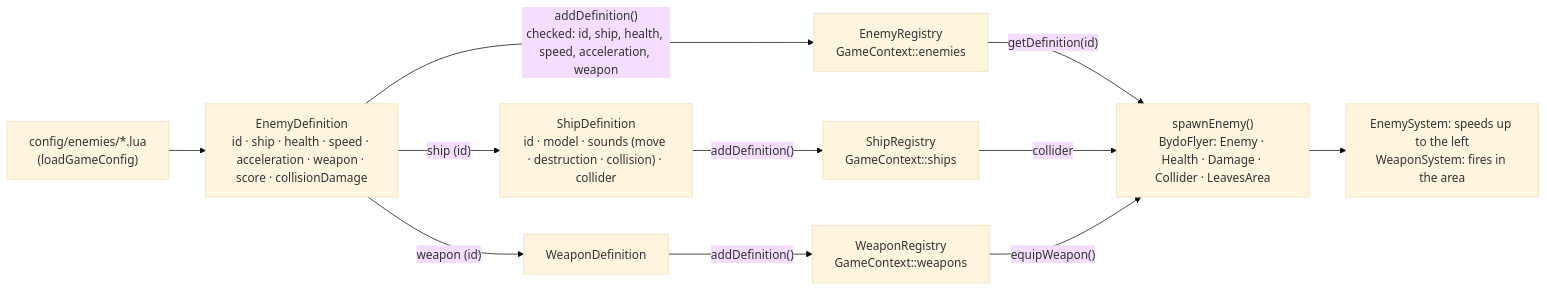
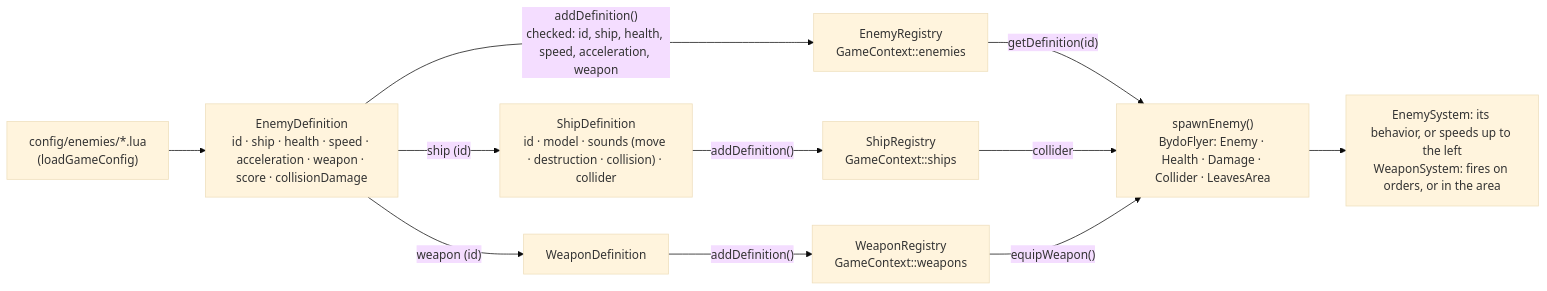
One commit to Akinator31/Rtype changed the seventh of 11 diagrams in docs/architecture/game.md. Above: the diagram before and after it, drawn with Mermaid (base theme). The commit also changed other lines of this file and 2 other files, not shown here.

````diff
--- a/docs/architecture/game.md
+++ b/docs/architecture/game.md
@@ -353,14 +354,14 @@
 ```mermaid
 flowchart LR
     Lua["config/enemies/*.lua<br/>(loadGameConfig)"] --> Def
     Def["EnemyDefinition<br/>id · ship · health · speed · acceleration · weapon · score · collisionDamage"]
     Def -- "addDefinition()<br/>checked: id, ship, health, speed, acceleration, weapon" --> Reg["EnemyRegistry<br/>GameContext::enemies"]
     Def -- "ship (id)" --> SDef["ShipDefinition<br/>id · model · sounds (move · destruction · collision) · collider"]
     SDef -- "addDefinition()" --> SReg["ShipRegistry<br/>GameContext::ships"]
     Def -- "weapon (id)" --> WDef["WeaponDefinition"]
     WDef -- "addDefinition()" --> WReg["WeaponRegistry<br/>GameContext::weapons"]
     Reg -- "getDefinition(id)" --> Spawn["spawnEnemy()<br/>BydoFlyer: Enemy · Health · Damage · Collider · LeavesArea"]
     SReg -- "collider" --> Spawn
     WReg -- "equipWeapon()" --> Spawn
-    Spawn --> Fly["EnemySystem: speeds up to the left<br/>WeaponSystem: fires in the area"]
+    Spawn --> Fly["EnemySystem: its behavior, or speeds up to the left<br/>WeaponSystem: fires on orders, or in the area"]
 ```
````
